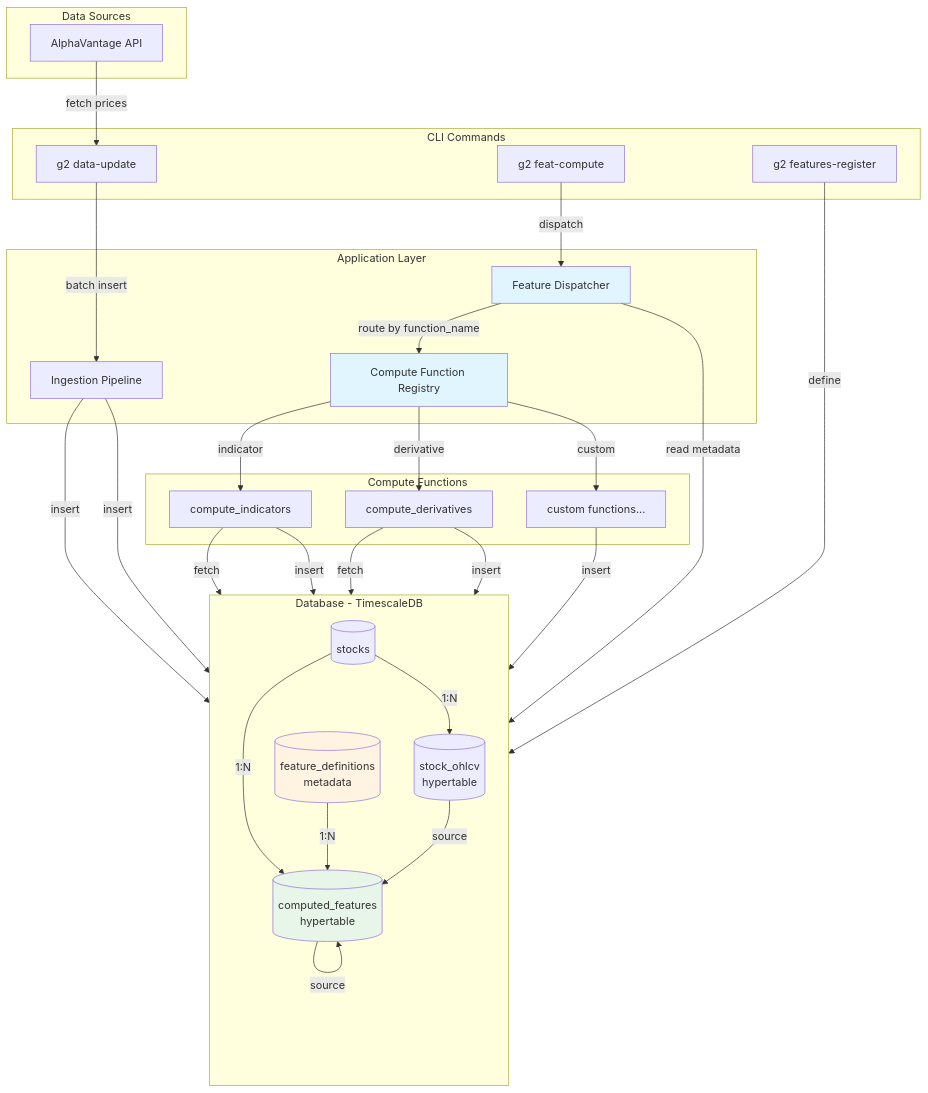
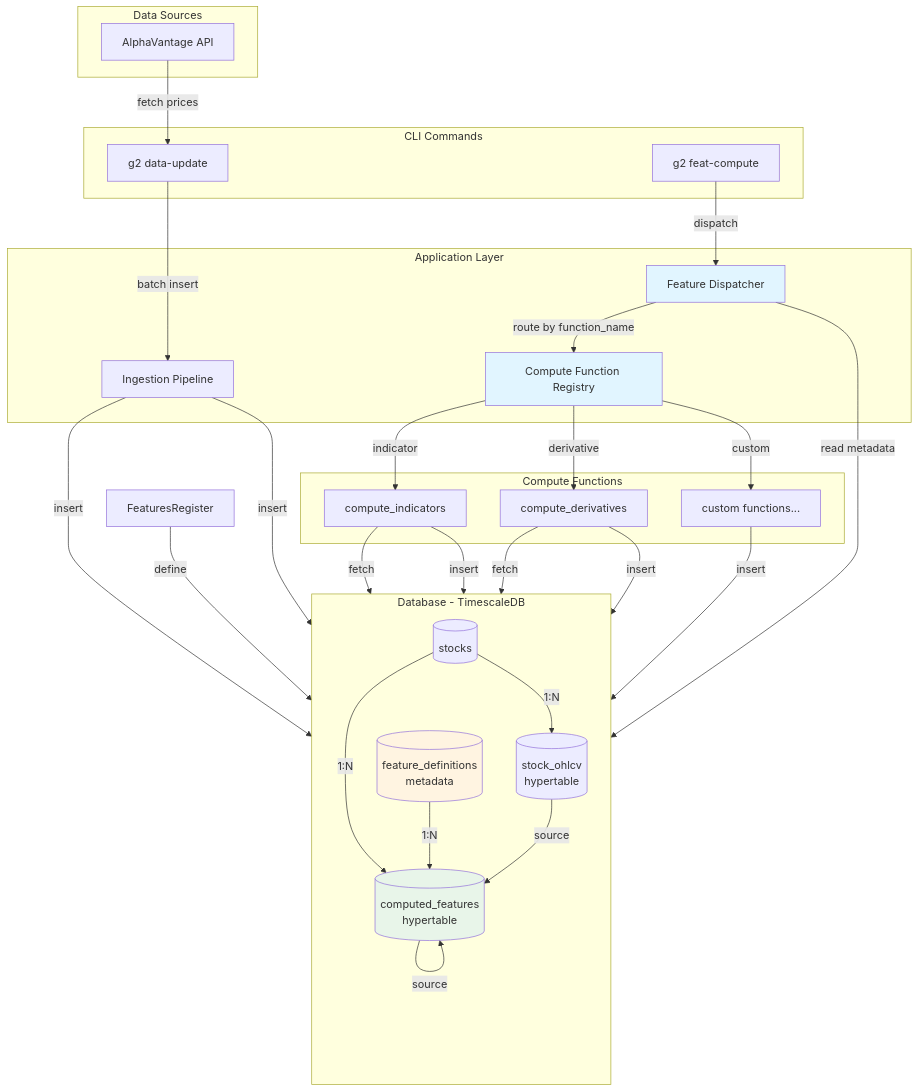
One commit to simonibsen/gefion changed the diagram in README.md. Above: the diagram before and after it, drawn with Mermaid. The commit also changed 2 other files, not shown here.

Commit message:
refactor: remove redundant and legacy CLI commands
Removed three commands following TDD approach:

Redundant:
- feat-fx-register: Replaced by feat-fx-import (file-based import)
  - Users can create JSON files and use feat-fx-import instead
  - Removed associated tests from test_feature_functions_cli.py

Legacy migrations (one-time use):
- feat-migrate-source: Migration for feature_definitions.source_table
- db-migrate-stock-prices: Migration from stock_prices to stock_ohlcv

Updated:
- Removed commands from src/g2/cli.py
- Removed tests for feat-fx-register
- Updated README.md to remove features-register reference from diagram
- Fixed FakeConn mock in tests to include close() method

All 19 tests passing.

````diff
--- a/README.md
+++ b/README.md
@@ -7,67 +7,66 @@
 ```mermaid
 graph TB
     subgraph "Data Sources"
         AV[AlphaVantage API]
     end
 
     subgraph "CLI Commands"
         DataUpdate[g2 data-update]
         FeaturesCompute[g2 feat-compute]
-        FeaturesRegister[g2 features-register]
     end
 
     subgraph "Application Layer"
         Ingestion[Ingestion Pipeline]
         Dispatcher[Feature Dispatcher]
         Registry[Compute Function Registry]
     end
 
     subgraph "Compute Functions"
         IndicatorFn[compute_indicators]
         DerivativeFn[compute_derivatives]
         CustomFn[custom functions...]
     end
 
     subgraph "Database - TimescaleDB"
         direction TB
         Stocks[(stocks)]
         Prices[(stock_ohlcv<br/>hypertable)]
         FeatureDefs[(feature_definitions<br/>metadata)]
         ComputedFeatures[(computed_features<br/>hypertable)]
 
         Stocks -->|1:N| Prices
         Stocks -->|1:N| ComputedFeatures
         FeatureDefs -->|1:N| ComputedFeatures
         Prices -->|source| ComputedFeatures
         ComputedFeatures -->|source| ComputedFeatures
     end
 
     %% Data ingestion flow
     AV -->|fetch prices| DataUpdate
     DataUpdate -->|batch insert| Ingestion
     Ingestion -->|insert| Stocks
     Ingestion -->|insert| Prices
 
     %% Feature registration flow
     FeaturesRegister -->|define| FeatureDefs
 
     %% Feature computation flow
     FeaturesCompute -->|dispatch| Dispatcher
     Dispatcher -->|read metadata| FeatureDefs
     Dispatcher -->|route by function_name| Registry
     Registry -->|indicator| IndicatorFn
     Registry -->|derivative| DerivativeFn
     Registry -->|custom| CustomFn
 
     IndicatorFn -->|fetch| Prices
     DerivativeFn -->|fetch| ComputedFeatures
 
     IndicatorFn -->|insert| ComputedFeatures
     DerivativeFn -->|insert| ComputedFeatures
     CustomFn -->|insert| ComputedFeatures
 
     style Dispatcher fill:#e1f5ff
     style Registry fill:#e1f5ff
     style FeatureDefs fill:#fff4e1
     style ComputedFeatures fill:#e8f5e9
 ```
````
